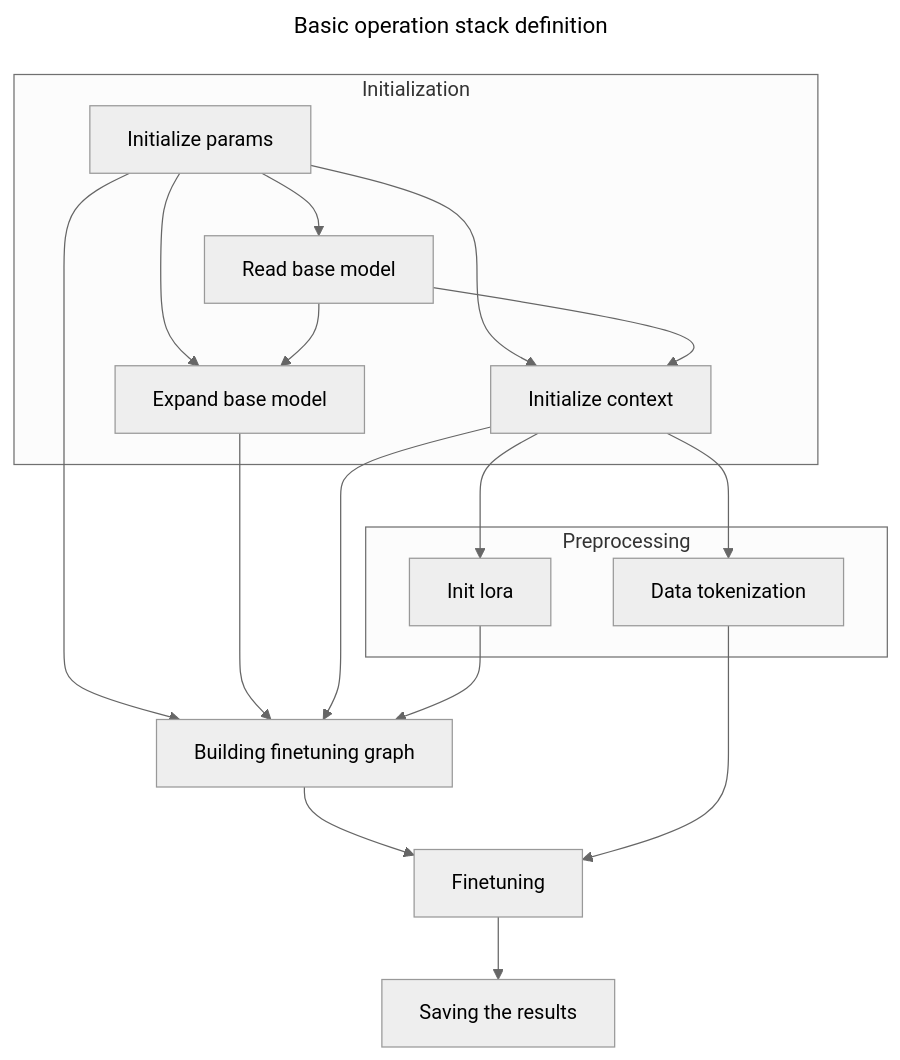
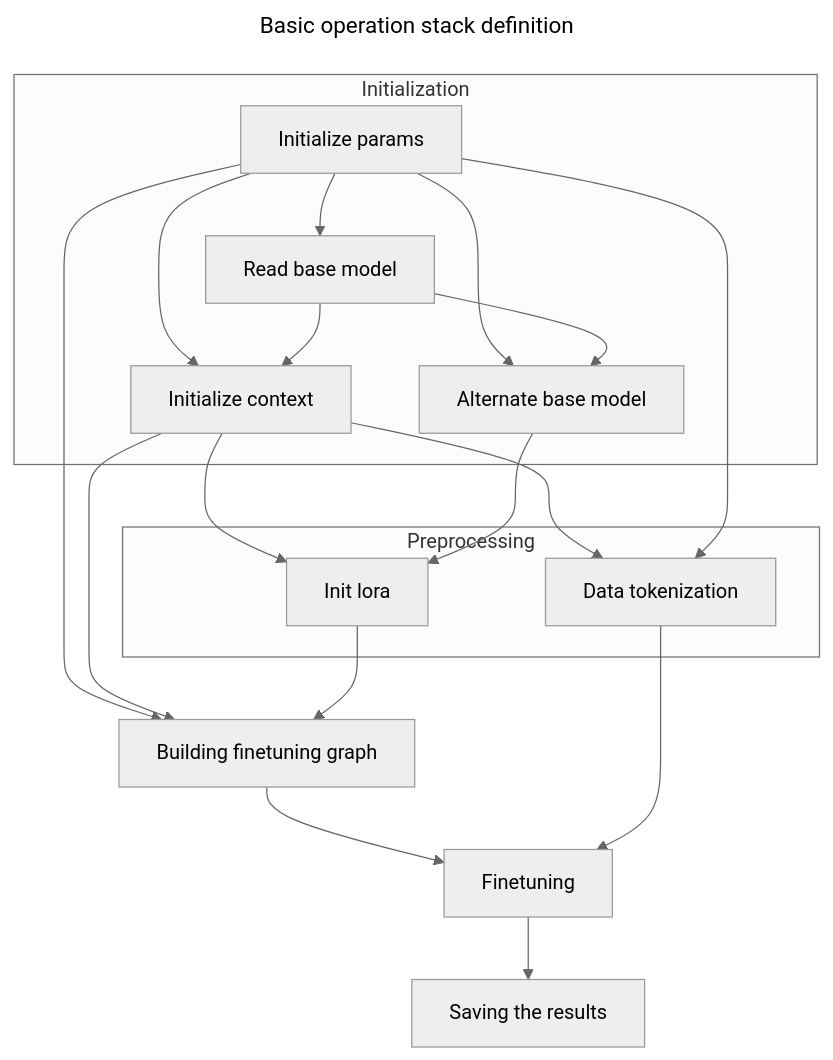
One commit to aifoundry-org/wiki changed the first of 3 diagrams in llamacpp/LORA.md. Above: the diagram before and after it, drawn with Mermaid (neutral theme). The commit also changed other lines of this file, not shown here.

Commit message:
Start describing finetuning graph building

````diff
--- a/llamacpp/LORA.md
+++ b/llamacpp/LORA.md
@@ -7,42 +7,43 @@
 ```mermaid
 ---
 title: Basic operation stack definition
 ---
 graph TD
 ip[Initialize params]
 ictx[Initialize context]
 rbm[Read base model]
 tkn[Data tokenization]
-mexp[Expand base model]
+mexp[Alternate base model]
 rlor[Init lora]
 bcomp[Building finetuning graph]
 ftn[Finetuning]
 svr[Saving the results]
 
 
 click rbm "https://github.com/xaedes/llama.cpp/blob/546112944a0e025ec4a11d23dc57730041b8d273/examples/finetune/finetune.cpp#L1547"
 click mexp "https://github.com/xaedes/llama.cpp/blob/546112944a0e025ec4a11d23dc57730041b8d273/examples/finetune/finetune.cpp#L1551"
 
 subgraph Initialization
 ip --> ictx
 ip --> mexp
 ip --> rbm
 rbm --> mexp
 rbm --> ictx
 end
 
 subgraph Preprocessing
 ictx --> tkn
 ictx --> rlor
 end
 
+ip --> tkn
 ip --> bcomp
-mexp --> bcomp
+mexp --> rlor
 ictx --> bcomp
 rlor --> bcomp
 
 bcomp --> ftn
 tkn --> ftn
 
 ftn --> svr
 ```
````
